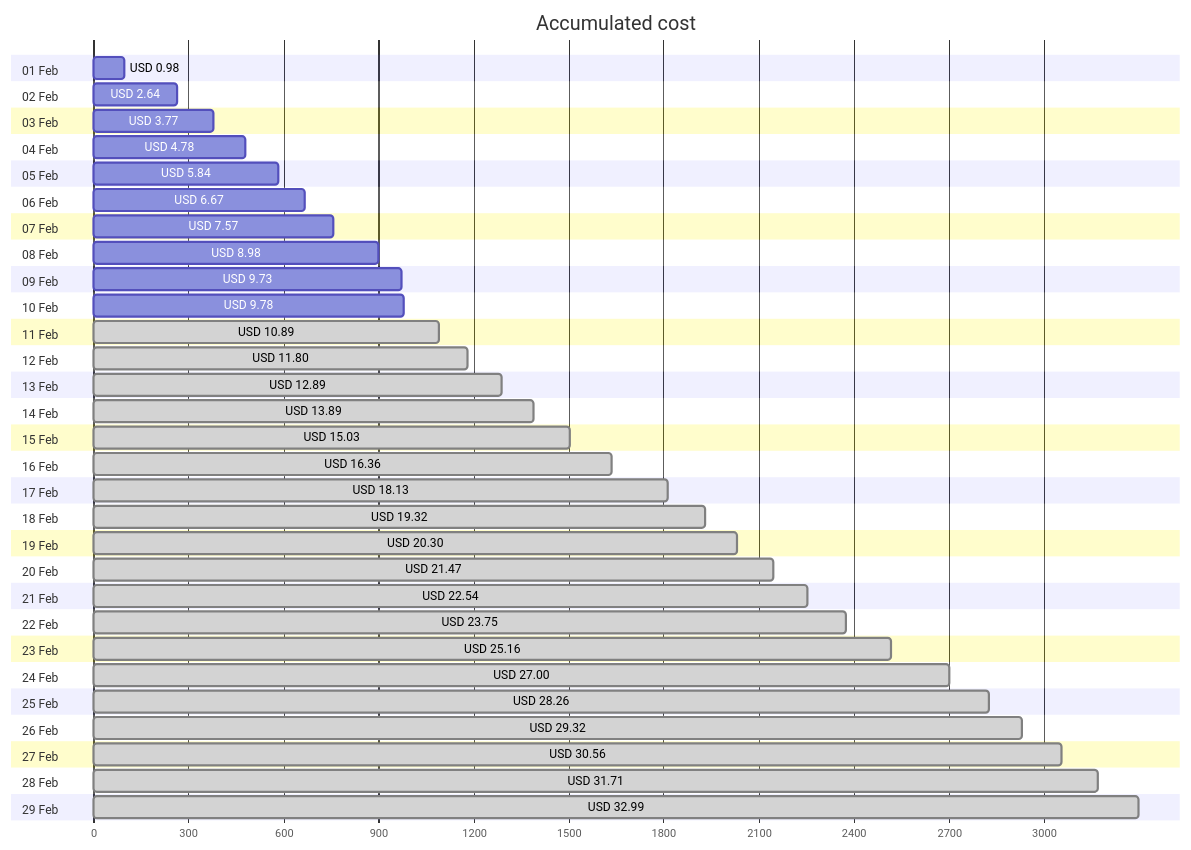
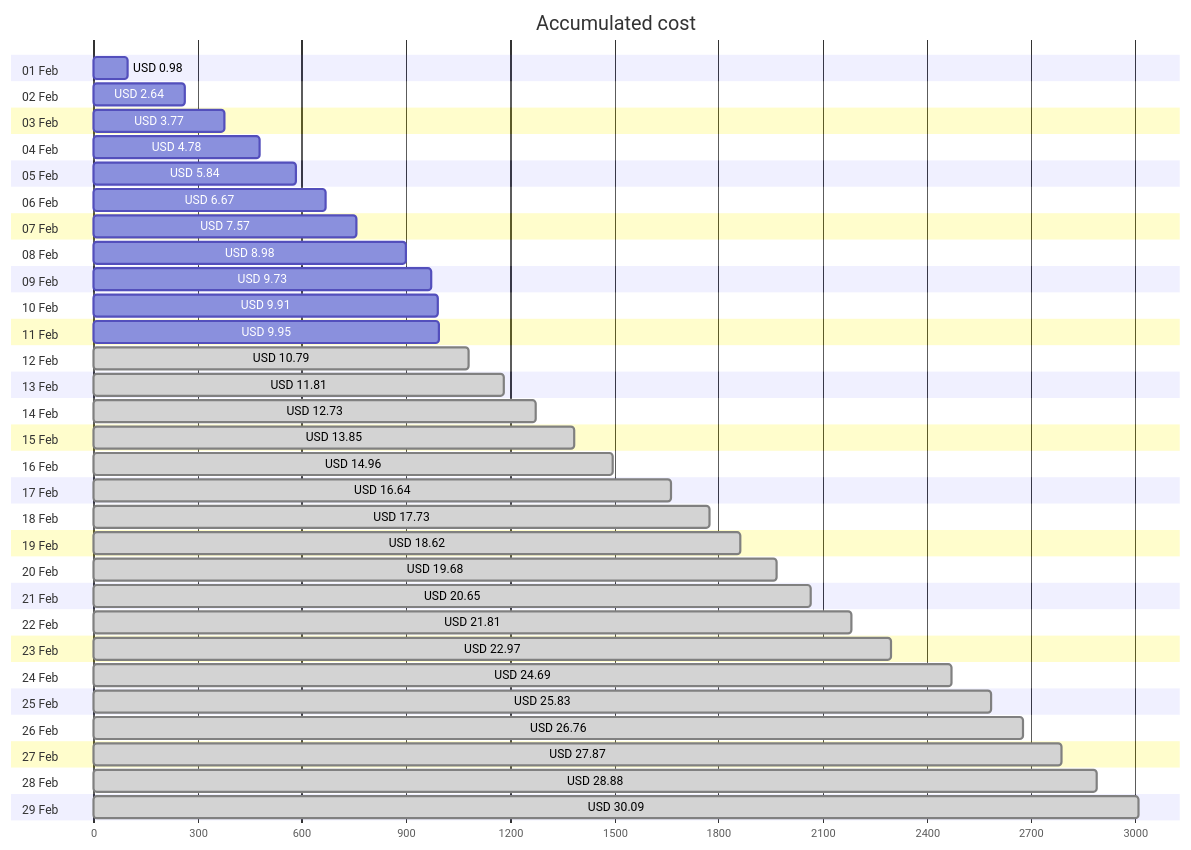
One commit to jpfulton/azure-personal-reports changed the first of 4 diagrams in cost-reports/personal-network/vpn-server.md. Above: the diagram before and after it, drawn with Mermaid. The commit also changed other lines of this file and 8 other files, not shown here.

````diff
--- a/cost-reports/personal-network/vpn-server.md
+++ b/cost-reports/personal-network/vpn-server.md
@@ -20,64 +20,64 @@
 ```mermaid
 gantt
    title Accumulated cost
    dateFormat  X
    axisFormat %s
    section 01 Feb
    USD 0.98 :0, 98
    section 02 Feb
    USD 2.64 :0, 264
    section 03 Feb
    USD 3.77 :0, 377
    section 04 Feb
    USD 4.78 :0, 478
    section 05 Feb
    USD 5.84 :0, 584
    section 06 Feb
    USD 6.67 :0, 667
    section 07 Feb
    USD 7.57 :0, 757
    section 08 Feb
    USD 8.98 :0, 898
    section 09 Feb
    USD 9.73 :0, 973
    section 10 Feb
-   USD 9.78 :0, 978
+   USD 9.91 :0, 991
    section 11 Feb
-   USD 10.89 : done, 0, 1089
+   USD 9.95 :0, 995
    section 12 Feb
-   USD 11.80 : done, 0, 1180
+   USD 10.79 : done, 0, 1079
    section 13 Feb
-   USD 12.89 : done, 0, 1289
+   USD 11.81 : done, 0, 1181
    section 14 Feb
-   USD 13.89 : done, 0, 1389
+   USD 12.73 : done, 0, 1273
    section 15 Feb
-   USD 15.03 : done, 0, 1503
+   USD 13.85 : done, 0, 1385
    section 16 Feb
-   USD 16.36 : done, 0, 1636
+   USD 14.96 : done, 0, 1496
    section 17 Feb
-   USD 18.13 : done, 0, 1813
+   USD 16.64 : done, 0, 1664
    section 18 Feb
-   USD 19.32 : done, 0, 1932
+   USD 17.73 : done, 0, 1773
    section 19 Feb
-   USD 20.30 : done, 0, 2030
+   USD 18.62 : done, 0, 1862
    section 20 Feb
-   USD 21.47 : done, 0, 2147
+   USD 19.68 : done, 0, 1968
    section 21 Feb
-   USD 22.54 : done, 0, 2254
+   USD 20.65 : done, 0, 2065
    section 22 Feb
-   USD 23.75 : done, 0, 2375
+   USD 21.81 : done, 0, 2181
    section 23 Feb
-   USD 25.16 : done, 0, 2516
+   USD 22.97 : done, 0, 2297
    section 24 Feb
-   USD 27.00 : done, 0, 2700
+   USD 24.69 : done, 0, 2469
    section 25 Feb
-   USD 28.26 : done, 0, 2826
+   USD 25.83 : done, 0, 2583
    section 26 Feb
-   USD 29.32 : done, 0, 2932
+   USD 26.76 : done, 0, 2676
    section 27 Feb
-   USD 30.56 : done, 0, 3056
+   USD 27.87 : done, 0, 2787
    section 28 Feb
-   USD 31.71 : done, 0, 3171
+   USD 28.88 : done, 0, 2888
    section 29 Feb
-   USD 32.99 : done, 0, 3299
+   USD 30.09 : done, 0, 3009
 ```
````
